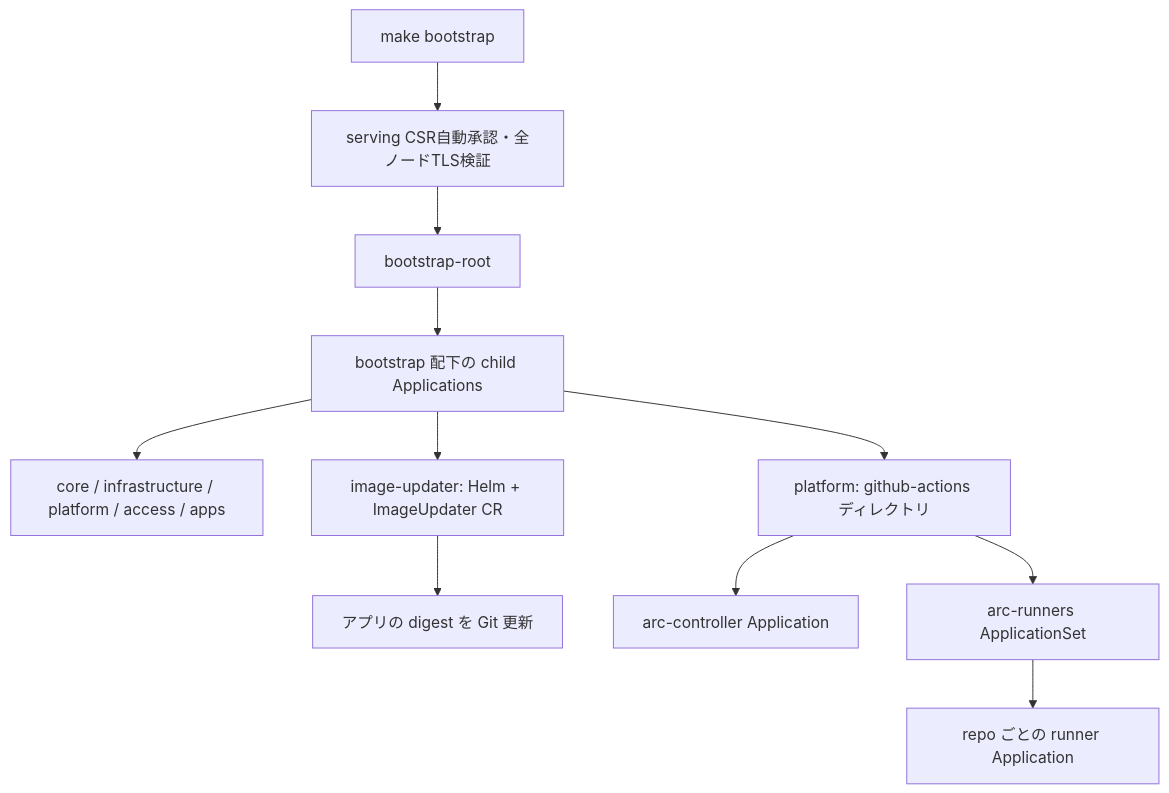
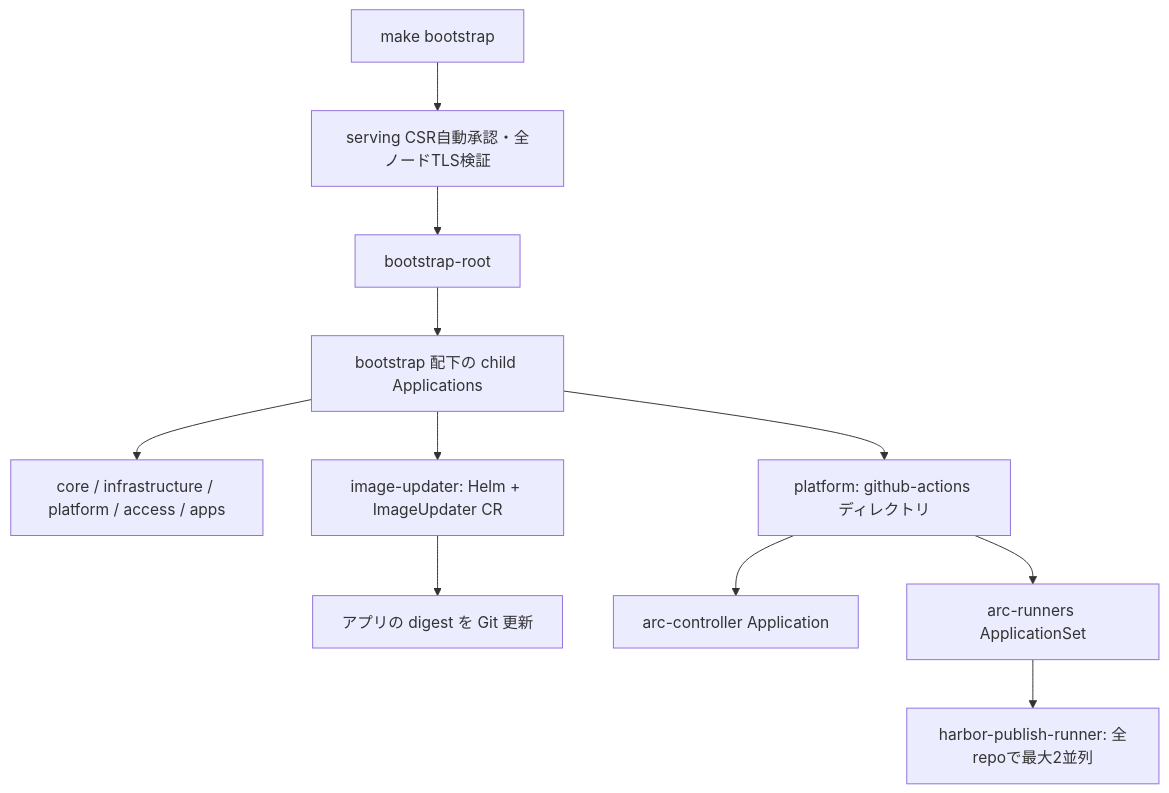
One commit to ksera524/k8s_myHome changed the diagram in docs/diagrams/app-of-apps-sync-wave.md. Above: the diagram before and after it, drawn with Mermaid. The commit also changed other lines of this file and 9 other files, not shown here.

````diff
--- a/docs/diagrams/app-of-apps-sync-wave.md
+++ b/docs/diagrams/app-of-apps-sync-wave.md
@@ -9,13 +9,13 @@
 ```mermaid
 flowchart TD
   Bootstrap[make bootstrap] --> Serving[serving CSR自動承認・全ノードTLS検証]
   Serving --> Root[bootstrap-root]
   Root --> Child[bootstrap 配下の child Applications]
   Child --> Workload[core / infrastructure / platform / access / apps]
   Child --> Platform[platform: github-actions ディレクトリ]
   Child --> Updater[image-updater: Helm + ImageUpdater CR]
   Updater --> Git[アプリの digest を Git 更新]
   Platform --> Controller[arc-controller Application]
   Platform --> AppSet[arc-runners ApplicationSet]
-  AppSet --> Runner[repo ごとの runner Application]
+  AppSet --> Runner[harbor-publish-runner: 全repoで最大2並列]
 ```
````
